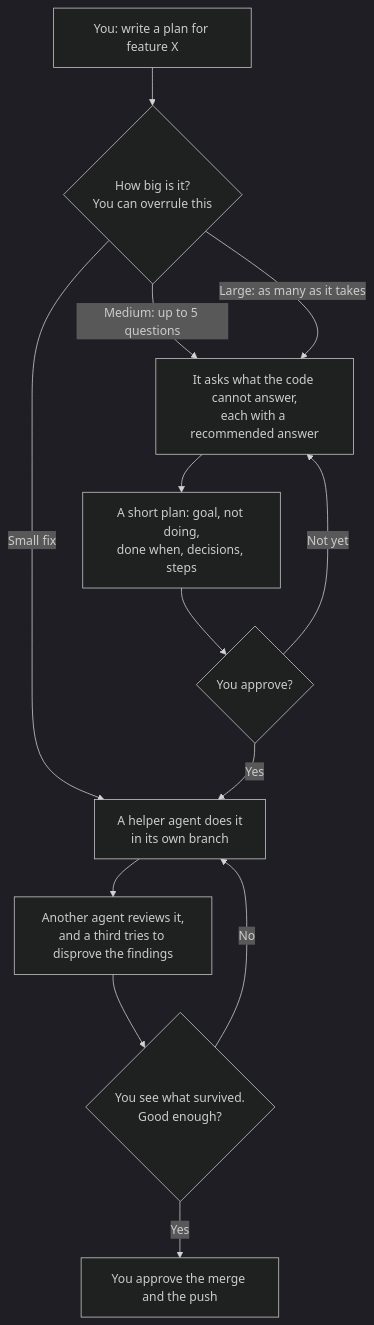
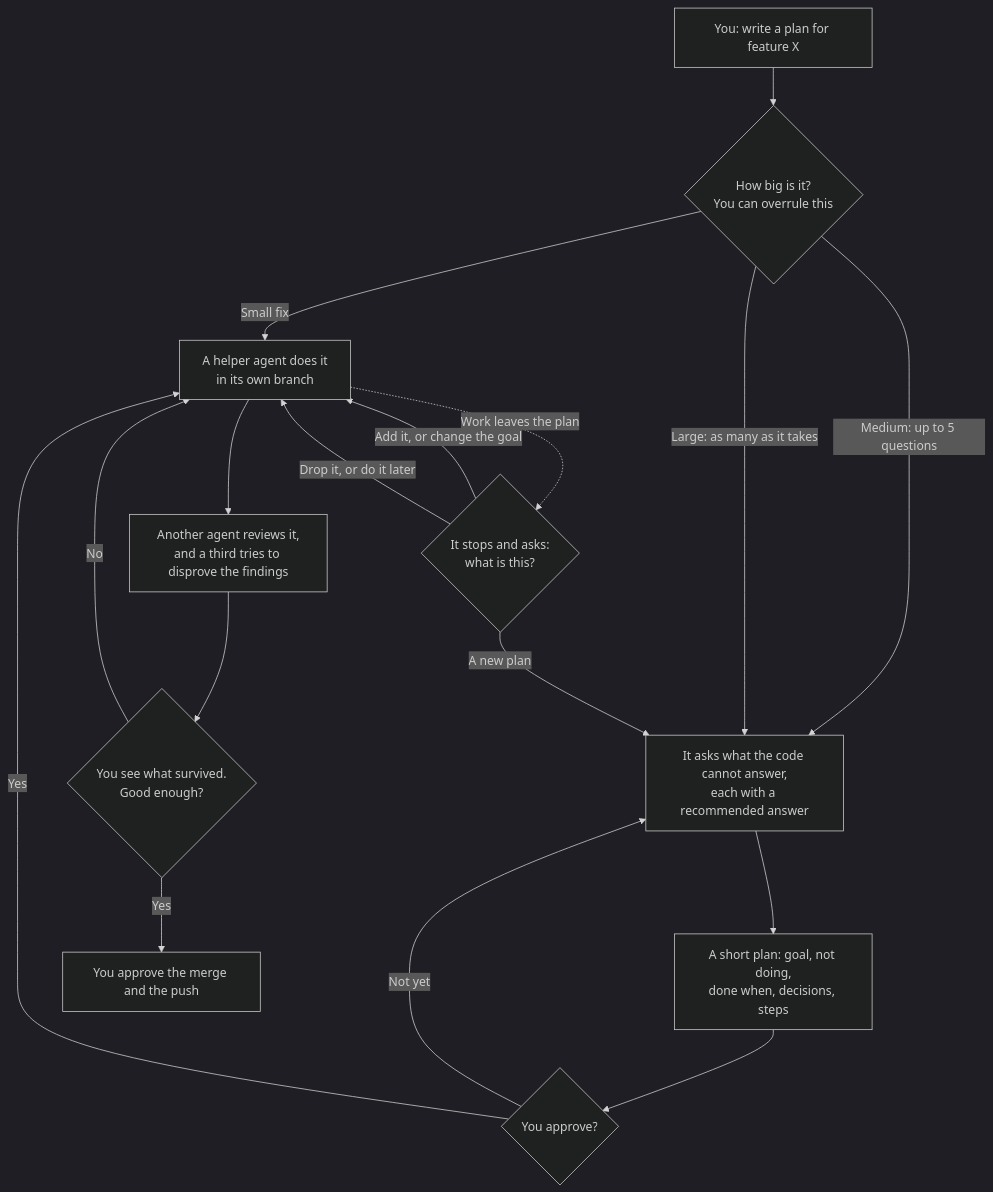
The diagram in README.md (ynyrworks/crewgate), drawn with Mermaid (dark theme) before and after one commit. The commit also changed other lines of this file and 11 other files, not shown here.

Commit message:
Version 0.23.0; the README diagram shows the drift question and the guide gets a detailed flow and architecture diagram

````diff
--- a/README.md
+++ b/README.md
@@ -23,15 +23,19 @@
 ```mermaid
 flowchart TD
     A["You: write a plan for feature X"] --> B{"How big is it?<br/>You can overrule this"}
     B -- "Small fix" --> F["A helper agent does it<br/>in its own branch"]
     B -- "Medium: up to 5 questions" --> C["It asks what the code cannot answer,<br/>each with a recommended answer"]
     B -- "Large: as many as it takes" --> C
     C --> D["A short plan: goal, not doing,<br/>done when, decisions, steps"]
     D --> E{"You approve?"}
     E -- "Not yet" --> C
     E -- "Yes" --> F
     F --> G["Another agent reviews it,<br/>and a third tries to disprove the findings"]
     G --> H{"You see what survived.<br/>Good enough?"}
     H -- "No" --> F
     H -- "Yes" --> I["You approve the merge and the push"]
+    F -. "Work leaves the plan" .-> J{"It stops and asks:<br/>what is this?"}
+    J -- "Add it, or change the goal" --> F
+    J -- "A new plan" --> C
+    J -- "Drop it, or do it later" --> F
 ```
````
